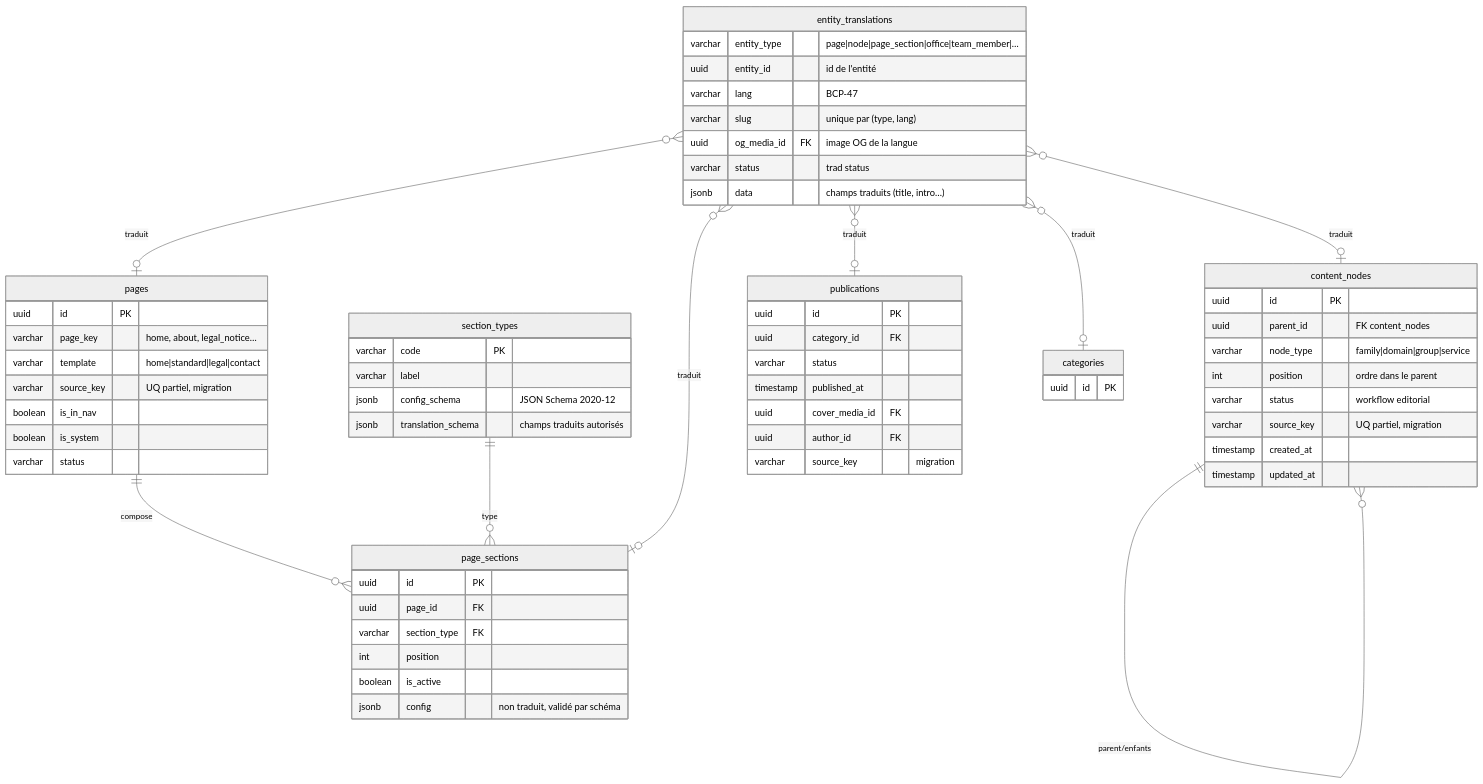
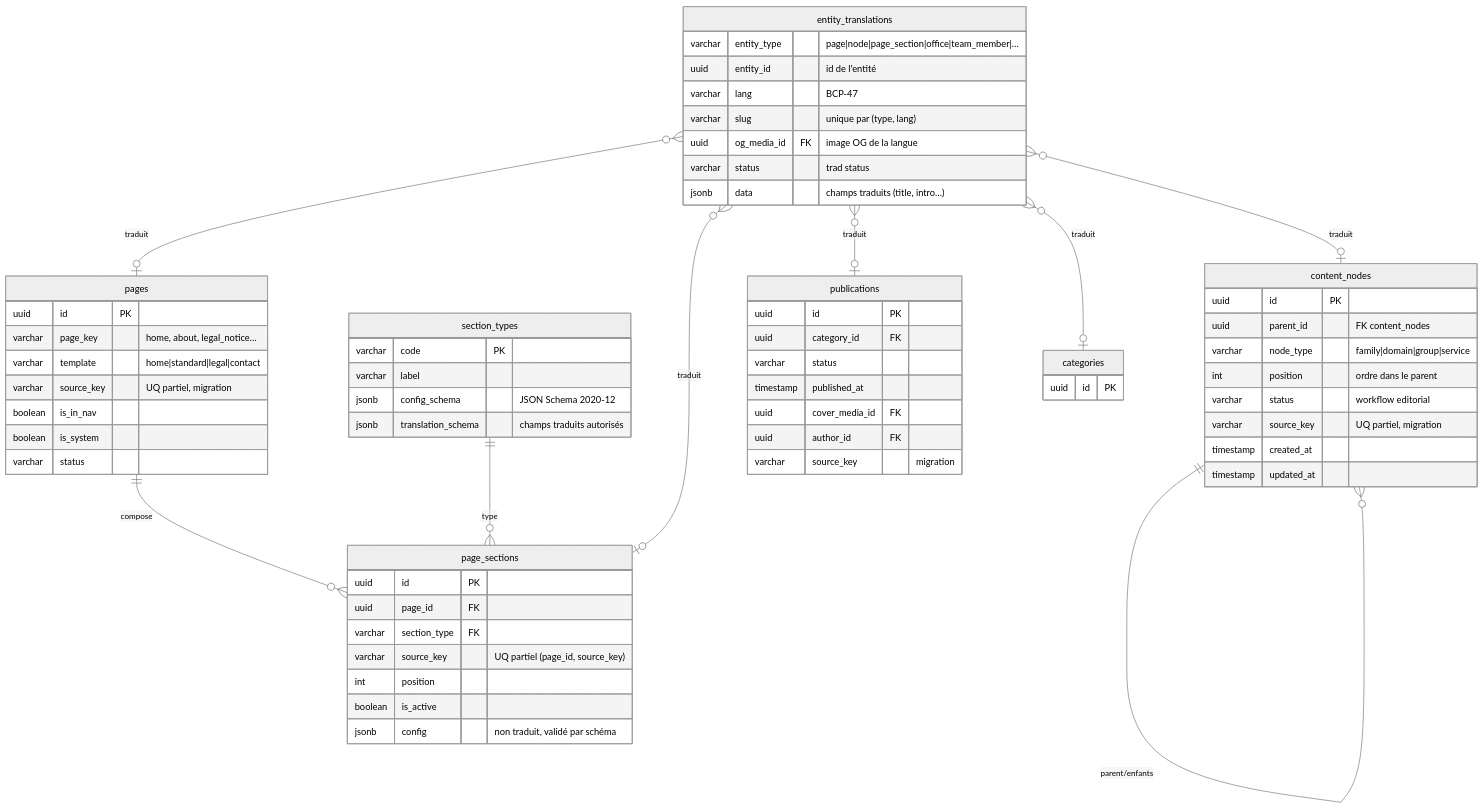
Before and after one commit to DonArhouna/Exauce: the first of 9 diagrams in Analyse/modelisation/docs/06-donnees.md, drawn with Mermaid (neutral theme). The commit also changed other lines of this file and 3 other files, not shown here.

````diff
--- a/Analyse/modelisation/docs/06-donnees.md
+++ b/Analyse/modelisation/docs/06-donnees.md
@@ -37,65 +37,66 @@
 ```mermaid
 erDiagram
   content_nodes {
     uuid id PK
     uuid parent_id "FK content_nodes"
     varchar node_type "family|domain|group|service"
     int position "ordre dans le parent"
     varchar status "workflow editorial"
     varchar source_key "UQ partiel, migration"
     timestamp created_at
     timestamp updated_at
   }
   pages {
     uuid id PK
     varchar page_key "home, about, legal_notice…"
     varchar template "home|standard|legal|contact"
     varchar source_key "UQ partiel, migration"
     boolean is_in_nav
     boolean is_system
     varchar status
   }
   section_types {
     varchar code PK
     varchar label
     jsonb config_schema "JSON Schema 2020-12"
     jsonb translation_schema "champs traduits autorisés"
   }
   page_sections {
     uuid id PK
     uuid page_id FK
     varchar section_type FK
+    varchar source_key "UQ partiel (page_id, source_key)"
     int position
     boolean is_active
     jsonb config "non traduit, validé par schéma"
   }
   entity_translations {
     varchar entity_type "page|node|page_section|office|team_member|…"
     uuid entity_id "id de l'entité"
     varchar lang "BCP-47"
     varchar slug "unique par (type, lang)"
     uuid og_media_id FK "image OG de la langue"
     varchar status "trad status"
     jsonb data "champs traduits (title, intro…)"
   }
   publications {
     uuid id PK
     uuid category_id FK
     varchar status
     timestamp published_at
     uuid cover_media_id FK
     uuid author_id FK
     varchar source_key "migration"
   }
   categories {
     uuid id PK
   }
   content_nodes ||--o{ content_nodes : "parent/enfants"
   pages ||--o{ page_sections : "compose"
   section_types ||--o{ page_sections : "type"
   entity_translations }o--o| content_nodes : "traduit"
   entity_translations }o--o| pages : "traduit"
   entity_translations }o--o| page_sections : "traduit"
   entity_translations }o--o| publications : "traduit"
   entity_translations }o--o| categories : "traduit"
 ```
````
